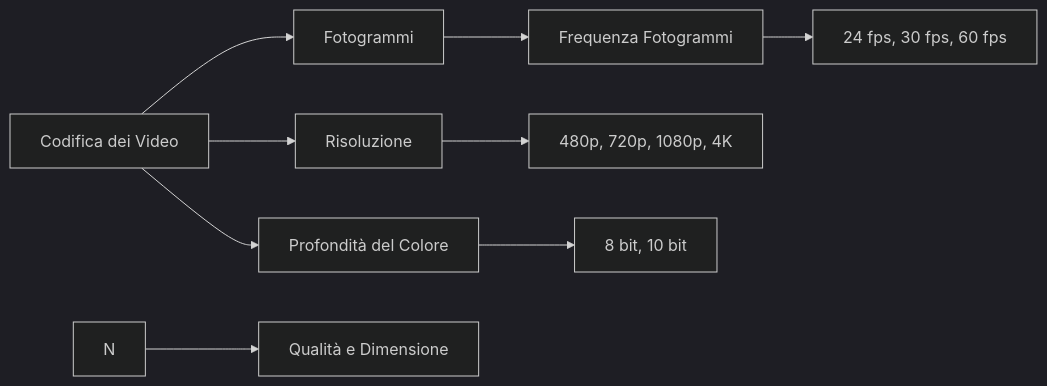
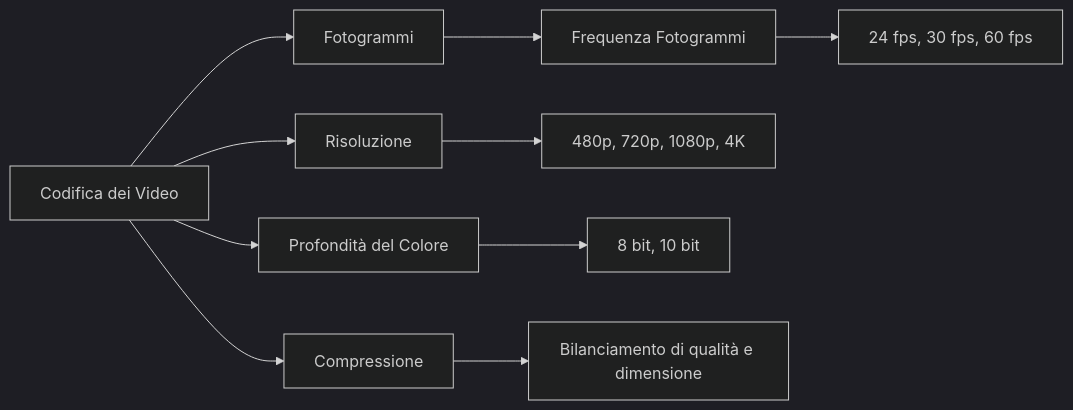
One commit to Federob/infohandouts changed the diagram in docs/infoCoding/04_digit_video.md. Above: the diagram before and after it, drawn with Mermaid (dark theme). The commit also changed 3 other files, not shown here.

````diff
--- a/docs/infoCoding/04_digit_video.md
+++ b/docs/infoCoding/04_digit_video.md
@@ -47,11 +47,12 @@
 ```mermaid
 graph LR
     A[Codifica dei Video] --> B[Fotogrammi]
     B --> C[Frequenza Fotogrammi]
     C --> D[24 fps, 30 fps, 60 fps]
     A --> E[Risoluzione]
     E --> F[480p, 720p, 1080p, 4K]
     A --> G[Profondità del Colore]
     G --> H[8 bit, 10 bit]
-    N --> O[Qualità e Dimensione]
+    A --> N
+    N[Compressione] --> O[Bilanciamento di qualità e dimensione]
 ```
````
